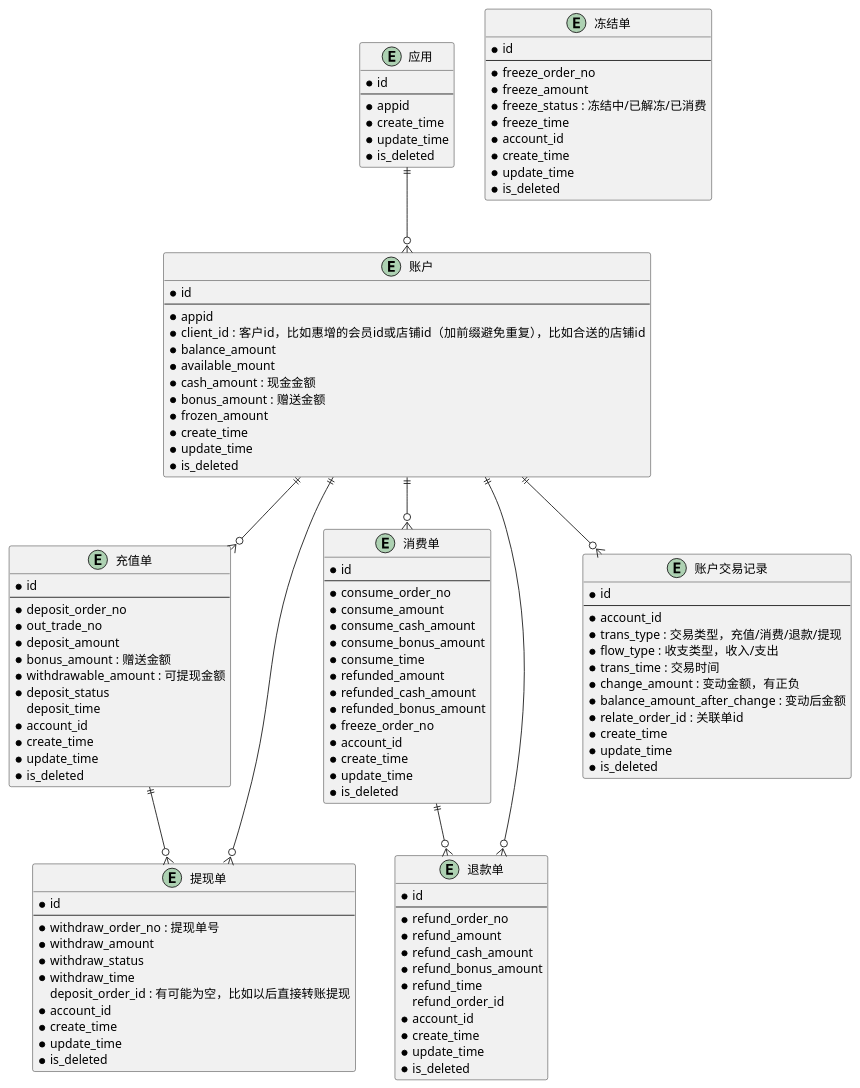
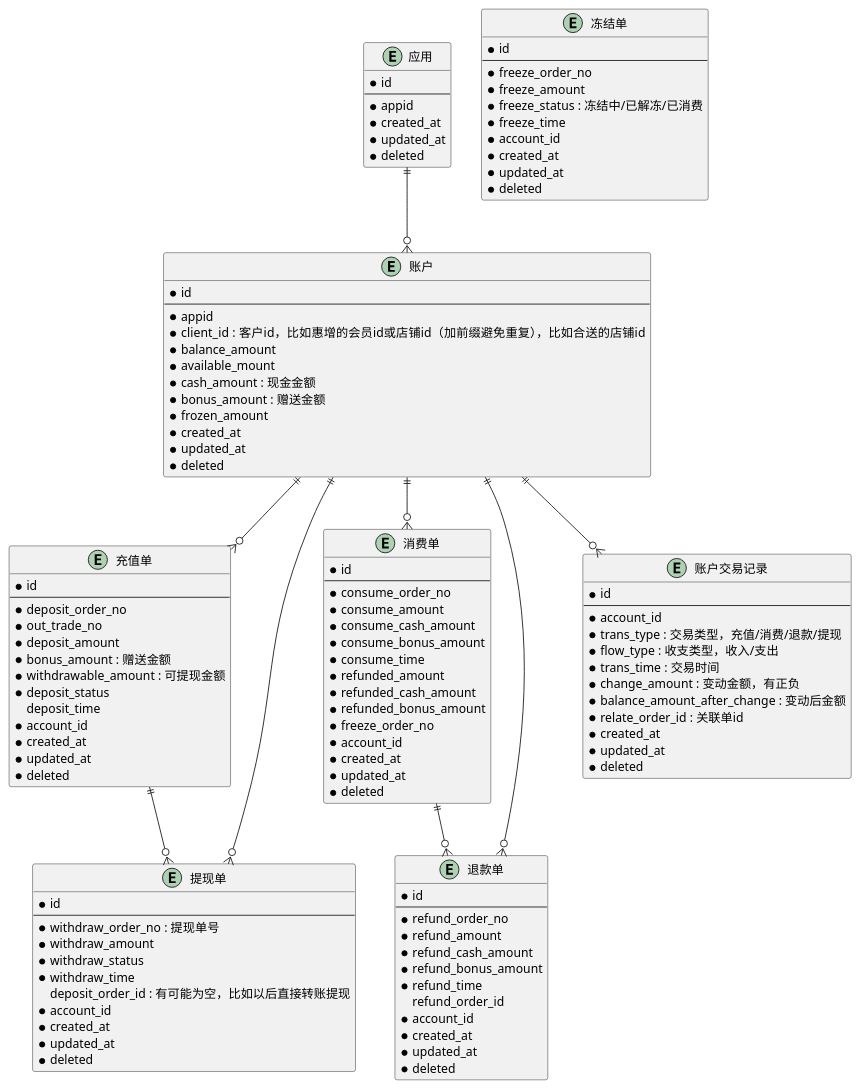
One commit to xuexingdong/x changed the diagram in service/pay/docs/fund_er.puml. Above: the diagram before and after it, drawn with PlantUML. The commit also changed 12 other files, not shown here.

```diff
--- a/service/pay/docs/fund_er.puml
+++ b/service/pay/docs/fund_er.puml
@@ -1,127 +1,127 @@
 @startuml
 
 entity App as "应用" {
     * id
     --
     * appid
-    * create_time
-    * update_time
-    * is_deleted
+    * created_at
+    * updated_at
+    * deleted
 }
 
 entity Account as "账户" {
     * id
     --
     * appid
     * client_id : 客户id，比如惠增的会员id或店铺id（加前缀避免重复），比如合送的店铺id
     * balance_amount
     * available_mount
     * cash_amount : 现金金额
     * bonus_amount : 赠送金额
     * frozen_amount
-    * create_time
-    * update_time
-    * is_deleted
+    * created_at
+    * updated_at
+    * deleted
 }
 
 entity DepositOrder as "充值单" {
     * id
     --
     * deposit_order_no
     * out_trade_no
     * deposit_amount
     * bonus_amount : 赠送金额
     * withdrawable_amount : 可提现金额
     * deposit_status
     deposit_time
     * account_id
-    * create_time
-    * update_time
-    * is_deleted
+    * created_at
+    * updated_at
+    * deleted
 }
 
 entity FreezeOrder as "冻结单" {
     * id
     --
     * freeze_order_no
     * freeze_amount
     * freeze_status : 冻结中/已解冻/已消费
     * freeze_time
     * account_id
-    * create_time
-    * update_time
-    * is_deleted
+    * created_at
+    * updated_at
+    * deleted
 }
 
 entity ConsumeOrder as "消费单" {
     * id
     --
     * consume_order_no
     * consume_amount
     * consume_cash_amount
     * consume_bonus_amount
     * consume_time
     * refunded_amount
     * refunded_cash_amount
     * refunded_bonus_amount
     * freeze_order_no
     * account_id
-    * create_time
-    * update_time
-    * is_deleted
+    * created_at
+    * updated_at
+    * deleted
 }
 
 entity RefundOrder as "退款单" {
     * id
     --
     * refund_order_no
     * refund_amount
     * refund_cash_amount
     * refund_bonus_amount
     * refund_time
     refund_order_id
     * account_id
-    * create_time
-    * update_time
-    * is_deleted
+    * created_at
+    * updated_at
+    * deleted
 }
 
 entity WithdrawOrder as "提现单" {
     * id
     --
     * withdraw_order_no : 提现单号
     * withdraw_amount
     * withdraw_status
     * withdraw_time
     deposit_order_id : 有可能为空，比如以后直接转账提现
     * account_id
-    * create_time
-    * update_time
-    * is_deleted
+    * created_at
+    * updated_at
+    * deleted
 }
 
 entity AccountTransRecord as "账户交易记录" {
     * id
     --
     * account_id
     * trans_type : 交易类型，充值/消费/退款/提现
     * flow_type : 收支类型，收入/支出
     * trans_time : 交易时间
     * change_amount : 变动金额，有正负
     * balance_amount_after_change : 变动后金额
     * relate_order_id : 关联单id
-    * create_time
-    * update_time
-    * is_deleted
+    * created_at
+    * updated_at
+    * deleted
 }
 
 App ||--o{ Account
 Account ||--o{ DepositOrder
 Account ||--o{ ConsumeOrder
 Account ||--o{ RefundOrder
 Account ||--o{ WithdrawOrder
 DepositOrder ||--o{ WithdrawOrder
 ConsumeOrder ||--o{ RefundOrder
 Account ||--o{ AccountTransRecord
 
 @enduml
```
